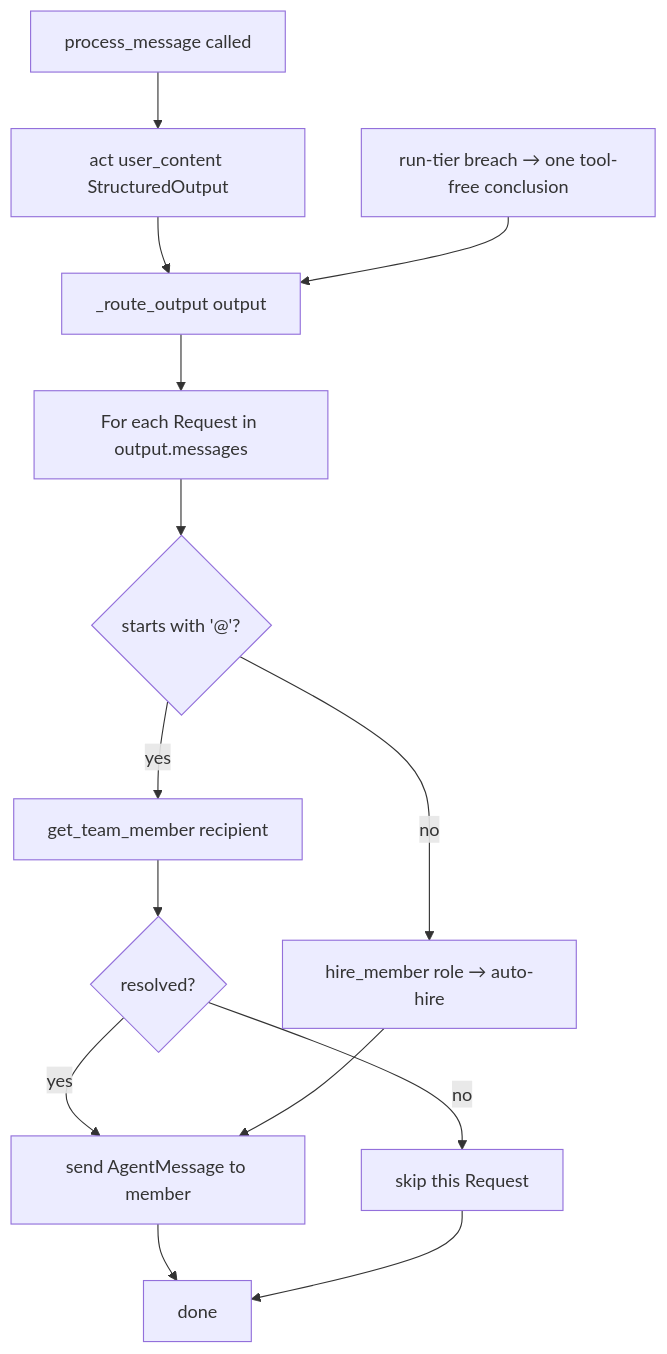
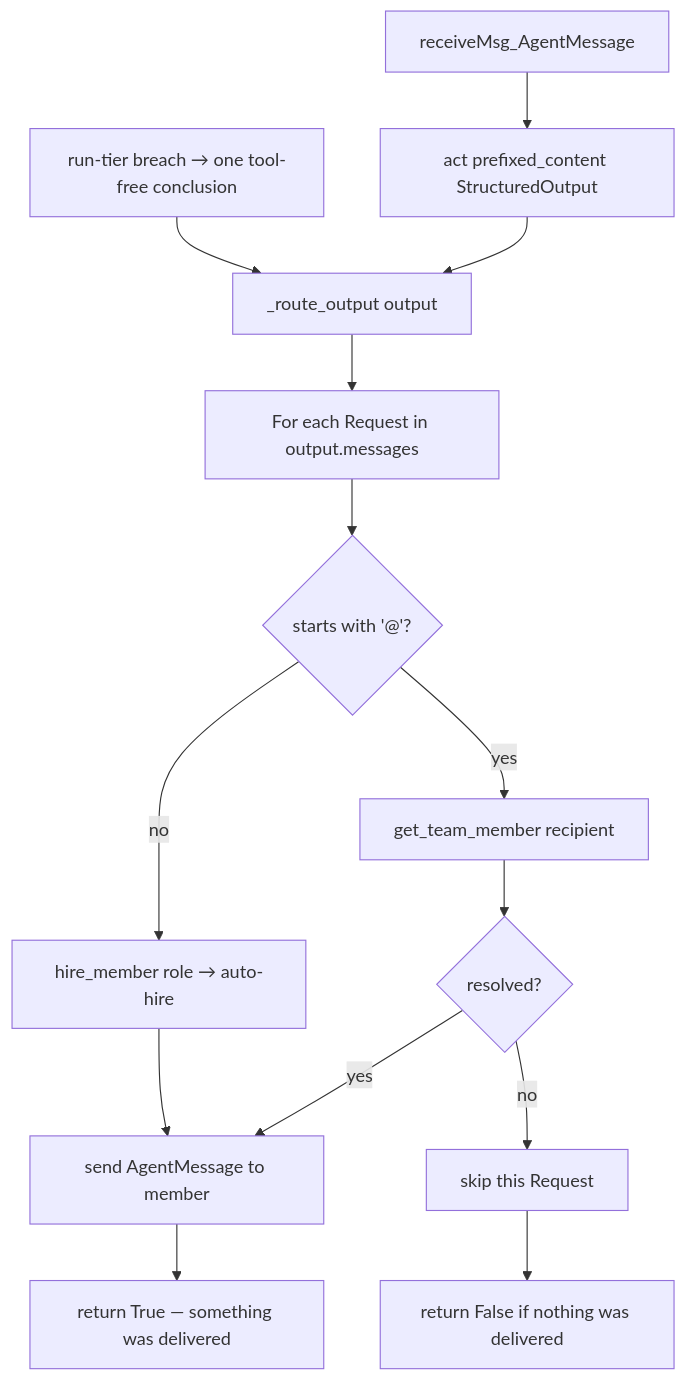
Before and after one commit to b12consulting/akgentic-agent: the fifth of 5 diagrams in docs/agent-collaboration.md, drawn with Mermaid. The commit also changed other lines of this file and 11 other files, not shown here.

````diff
--- a/docs/agent-collaboration.md
+++ b/docs/agent-collaboration.md
@@ -482,16 +487,16 @@
 ```mermaid
 flowchart TD
-    S[process_message called] --> A[act user_content StructuredOutput]
+    S[receiveMsg_AgentMessage] --> A[act prefixed_content StructuredOutput]
     A --> R[_route_output output]
     C[run-tier breach → one tool-free conclusion] --> R
     R --> B[For each Request in output.messages]
     B --> E{starts with '@'?}
     E -->|yes| F[get_team_member recipient]
     F --> G{resolved?}
     G -->|yes| H[send AgentMessage to member]
     G -->|no| K[skip this Request]
     E -->|no| L[hire_member role → auto-hire]
     L --> H
-    H --> P[done]
-    K --> P
+    H --> P[return True — something was delivered]
+    K --> Q[return False if nothing was delivered]
 ```
````
